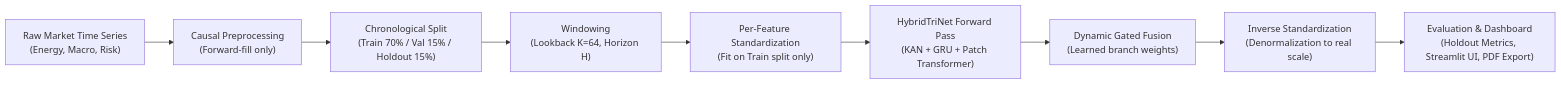
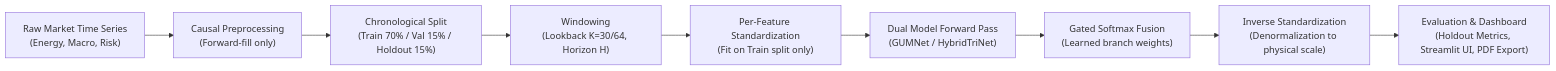
One commit to kennhope13/Hybridtrinet_Oil changed the diagram in README.md. Above: the diagram before and after it, drawn with Mermaid. The commit also changed other lines of this file and 8 other files, not shown here.

Commit message:
docs: add comprehensive GUMNet architecture 3D diagrams and dual-model comparison

````diff
--- a/README.md
+++ b/README.md
@@ -30,11 +38,11 @@
 ```mermaid
 flowchart LR
     A["Raw Market Time Series<br/>(Energy, Macro, Risk)"] --> B["Causal Preprocessing<br/>(Forward-fill only)"]
     B --> C["Chronological Split<br/>(Train 70% / Val 15% / Holdout 15%)"]
-    C --> D["Windowing<br/>(Lookback K=64, Horizon H)"]
+    C --> D["Windowing<br/>(Lookback K=30/64, Horizon H)"]
     D --> E["Per-Feature Standardization<br/>(Fit on Train split only)"]
-    E --> F["HybridTriNet Forward Pass<br/>(KAN + GRU + Patch Transformer)"]
-    F --> G["Dynamic Gated Fusion<br/>(Learned branch weights)"]
-    G --> H["Inverse Standardization<br/>(Denormalization to real scale)"]
+    E --> F["Dual Model Forward Pass<br/>(GUMNet / HybridTriNet)"]
+    F --> G["Gated Softmax Fusion<br/>(Learned branch weights)"]
+    G --> H["Inverse Standardization<br/>(Denormalization to physical scale)"]
     H --> I["Evaluation & Dashboard<br/>(Holdout Metrics, Streamlit UI, PDF Export)"]
 ```
````
